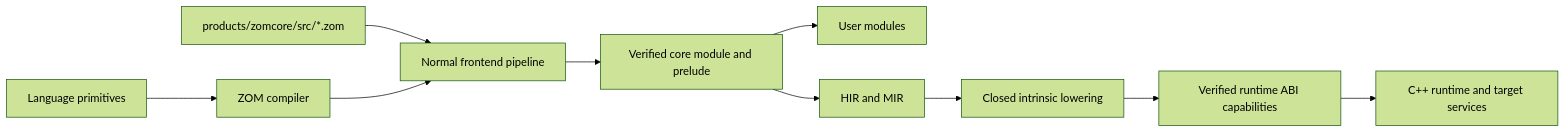
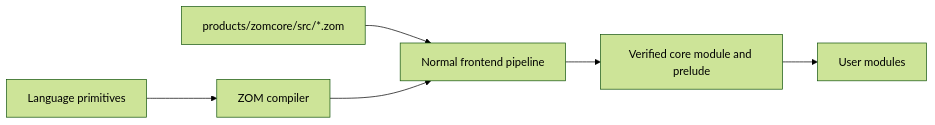
One commit to Zzzode/ZOM changed the first of 3 diagrams in docs/rfc/0025-source-backed-core-library-architecture.md. Above: the diagram before and after it, drawn with Mermaid (forest theme). The commit also changed other lines of this file and 47 other files, not shown here.

````diff
--- a/docs/rfc/0025-source-backed-core-library-architecture.md
+++ b/docs/rfc/0025-source-backed-core-library-architecture.md
@@ -263,12 +264,8 @@
 ```mermaid
 flowchart LR
     P["Language primitives"] --> C["ZOM compiler"]
     S["products/zomcore/src/*.zom"] --> F["Normal frontend pipeline"]
     C --> F
     F --> V["Verified core module and prelude"]
     V --> U["User modules"]
-    V --> H["HIR and MIR"]
-    H --> I["Closed intrinsic lowering"]
-    I --> A["Verified runtime ABI capabilities"]
-    A --> R["C++ runtime and target services"]
 ```
````
